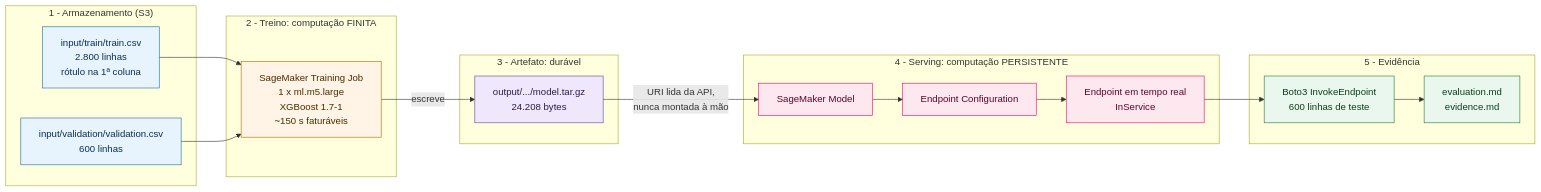
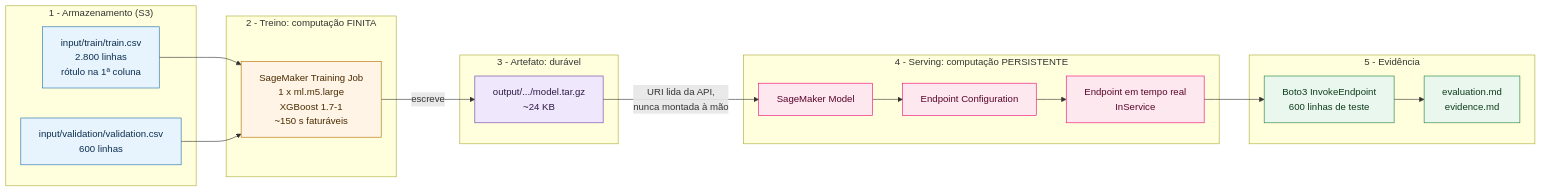
The first of 4 diagrams in 02-ml-system/README.md (vamperst/FIAP-Cloud-Based-Machine-Learning), drawn with Mermaid before and after one commit. The commit also changed other lines of this file, not shown here.

````diff
--- a/02-ml-system/README.md
+++ b/02-ml-system/README.md
@@ -96,36 +88,36 @@
 ```mermaid
 flowchart LR
   subgraph ARM["1 - Armazenamento (S3)"]
     A1["input/train/train.csv<br/>2.800 linhas<br/>rótulo na 1ª coluna"]
     A2["input/validation/validation.csv<br/>600 linhas"]
   end
   subgraph TRE["2 - Treino: computação FINITA"]
     B1["SageMaker Training Job<br/>1 x ml.m5.large<br/>XGBoost 1.7-1<br/>~150 s faturáveis"]
   end
   subgraph ART["3 - Artefato: durável"]
-    C1["output/.../model.tar.gz<br/>24.208 bytes"]
+    C1["output/.../model.tar.gz<br/>~24 KB"]
   end
   subgraph SER["4 - Serving: computação PERSISTENTE"]
     D1["SageMaker Model"] --> D2["Endpoint Configuration"] --> D3["Endpoint em tempo real<br/>InService"]
   end
   subgraph EVI["5 - Evidência"]
     E1["Boto3 InvokeEndpoint<br/>600 linhas de teste"] --> E2["evaluation.md<br/>evidence.md"]
   end
 
   A1 --> B1
   A2 --> B1
   B1 -->|"escreve"| C1
   C1 -->|"URI lida da API,<br/>nunca montada à mão"| D1
   D3 --> E1
 
   classDef armazenamento fill:#E8F4FD,stroke:#1B6CA8,color:#0B2E4F
   classDef treino fill:#FFF4E5,stroke:#B26B00,color:#4A2C00
   classDef artefato fill:#EFE7FB,stroke:#6B3FA0,color:#2E1A47
   classDef serving fill:#FDE8EF,stroke:#ED0973,color:#5A0429
   classDef evidencia fill:#E9F7EF,stroke:#1E7E34,color:#0E3D19
   class A1,A2 armazenamento
   class B1 treino
   class C1 artefato
   class D1,D2,D3 serving
   class E1,E2 evidencia
 ```
````
